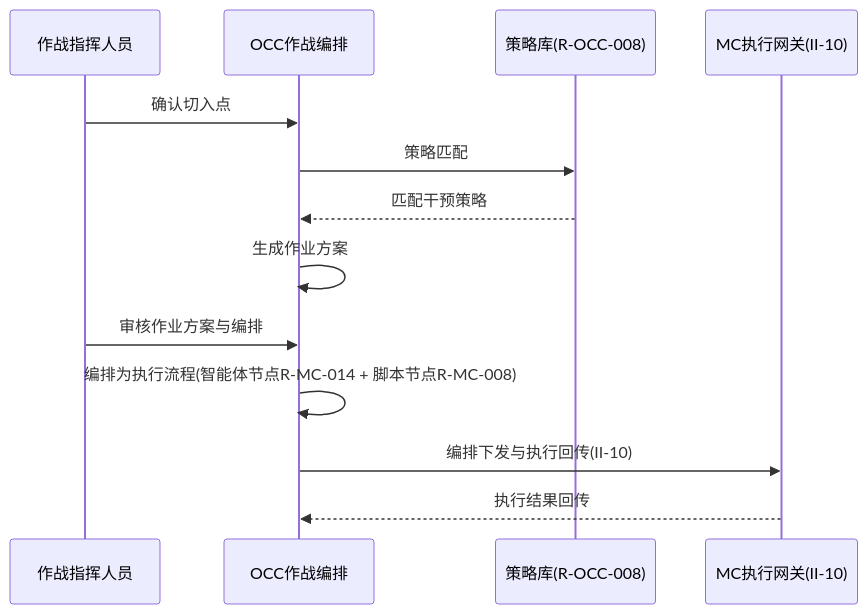
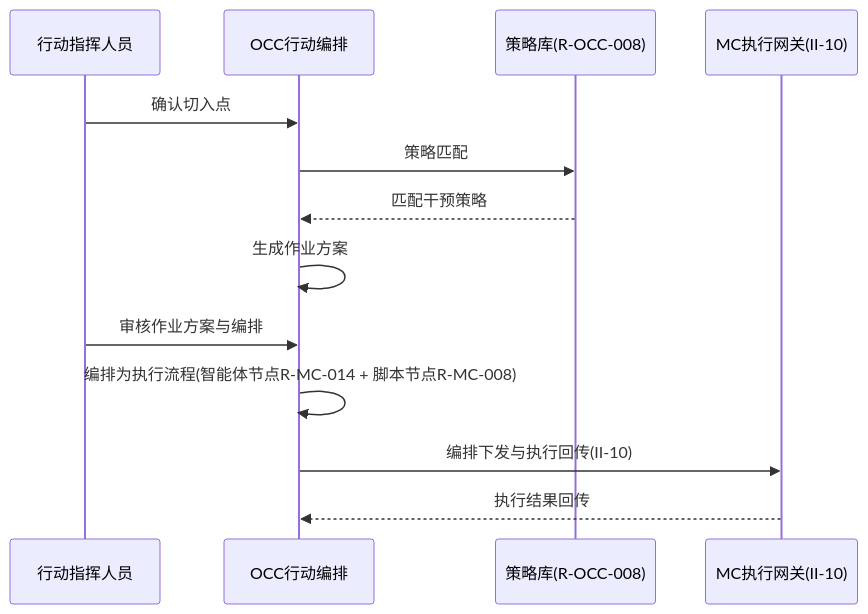
Before and after one commit to Sj-g/obsidian: the sixth of 12 diagrams in 公司项目/认知作战/文档/SRS/软件需求规格说明-OCC子系统.md, drawn with Mermaid. The commit also changed other lines of this file and 9 other files, not shown here.

````diff
--- a/公司项目/认知作战/文档/SRS/软件需求规格说明-OCC子系统.md
+++ b/公司项目/认知作战/文档/SRS/软件需求规格说明-OCC子系统.md
@@ -426,15 +430,15 @@
 ```mermaid
 sequenceDiagram
-  participant 指挥 as 作战指挥人员
-  participant OCC as OCC作战编排
+  participant 指挥 as 行动指挥人员
+  participant OCC as OCC行动编排
   participant 策略库 as 策略库(R-OCC-008)
   participant MC as MC执行网关(II-10)
   指挥->>OCC: 确认切入点
   OCC->>策略库: 策略匹配
   策略库-->>OCC: 匹配干预策略
   OCC->>OCC: 生成作业方案
   指挥->>OCC: 审核作业方案与编排
   OCC->>OCC: 编排为执行流程(智能体节点R-MC-014 + 脚本节点R-MC-008)
   OCC->>MC: 编排下发与执行回传(II-10)
   MC-->>OCC: 执行结果回传
 ```
````
